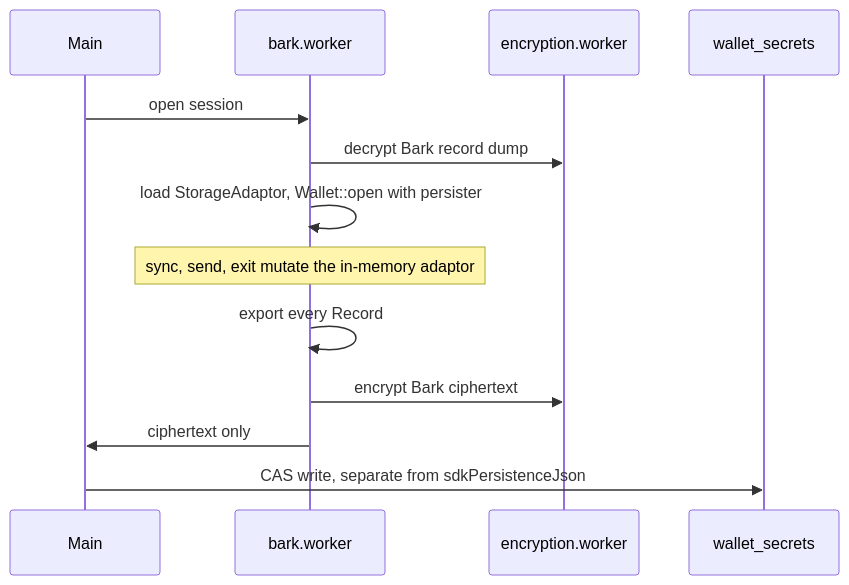
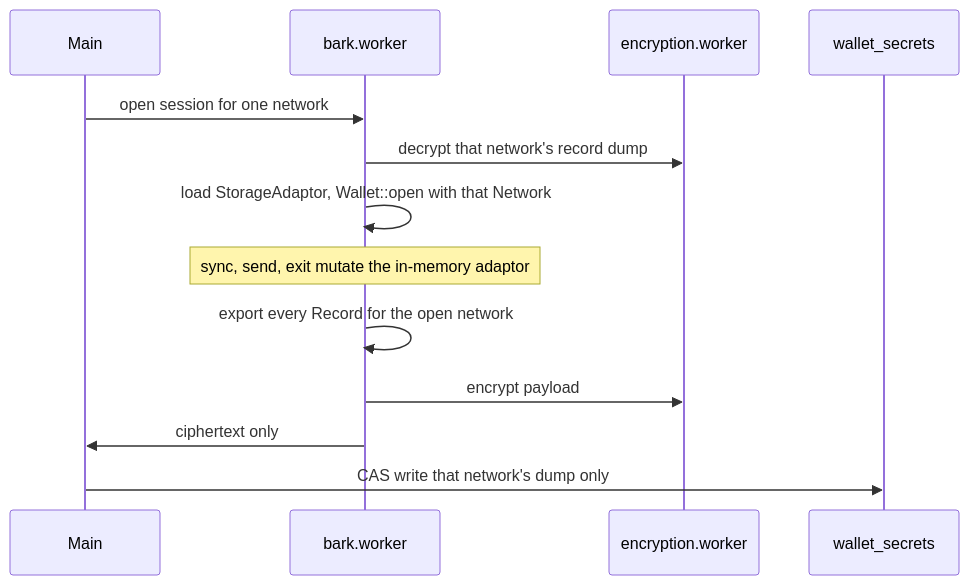
Before and after one commit to Radivis/bitboard-pwa-wallet: the diagram in docs/future/custom-bark-persister.md, drawn with Mermaid. The commit also changed other lines of this file, not shown here.

Commit message:
Updated custom Bark persister plan to anticipate multi-network support

````diff
--- a/docs/future/custom-bark-persister.md
+++ b/docs/future/custom-bark-persister.md
@@ -35,18 +48,18 @@
 ```mermaid
 sequenceDiagram
   participant Main
   participant BW as bark.worker
   participant EW as encryption.worker
   participant DB as wallet_secrets
 
-  Main->>BW: open session
-  BW->>EW: decrypt Bark record dump
-  BW->>BW: load StorageAdaptor, Wallet::open with persister
+  Main->>BW: open session for one network
+  BW->>EW: decrypt that network's record dump
+  BW->>BW: load StorageAdaptor, Wallet::open with that Network
 
   Note over BW: sync, send, exit mutate the in-memory adaptor
 
-  BW->>BW: export every Record
-  BW->>EW: encrypt Bark ciphertext
+  BW->>BW: export every Record for the open network
+  BW->>EW: encrypt payload
   BW->>Main: ciphertext only
-  Main->>DB: CAS write, separate from sdkPersistenceJson
+  Main->>DB: CAS write that network's dump only
 ```
````
